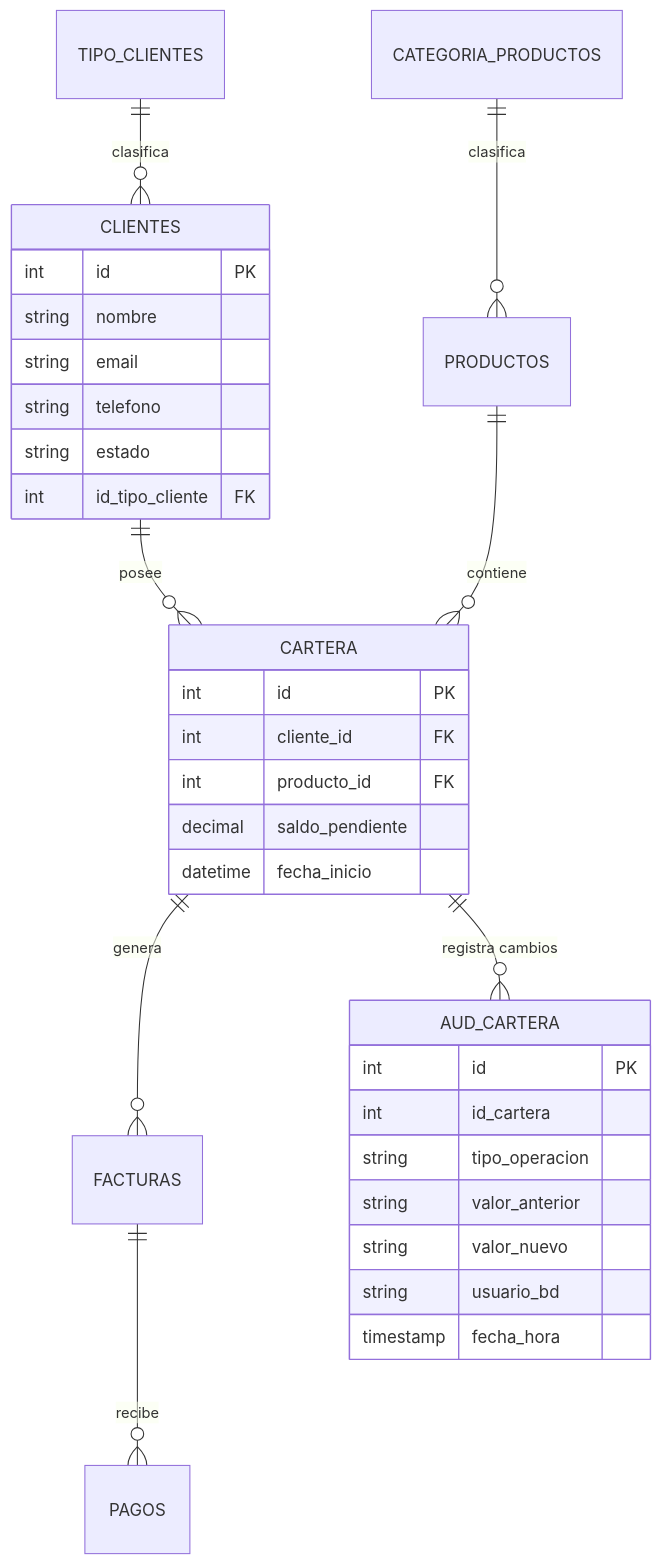
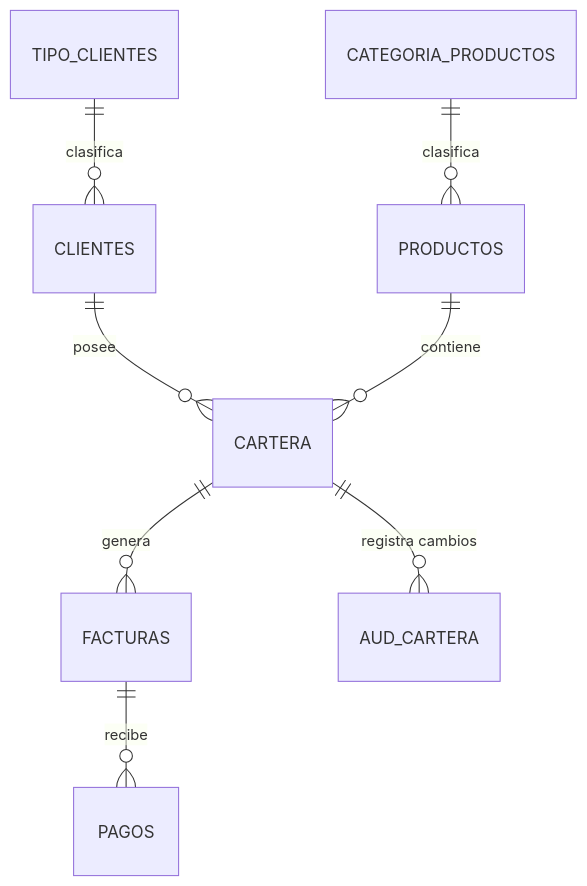
Before and after one commit to ElvinCooper/fintech-portfolio-system: the diagram in README.md, drawn with Mermaid. The commit also changed other lines of this file, not shown here.

````diff
--- a/README.md
+++ b/README.md
@@ -15,37 +25,10 @@
 ```mermaid
 erDiagram
     TIPO_CLIENTES ||--o{ CLIENTES : "clasifica"
     CATEGORIA_PRODUCTOS ||--o{ PRODUCTOS : "clasifica"
     CLIENTES ||--o{ CARTERA : "posee"
     PRODUCTOS ||--o{ CARTERA : "contiene"
     CARTERA ||--o{ FACTURAS : "genera"
     FACTURAS ||--o{ PAGOS : "recibe"
     CARTERA ||--o{ AUD_CARTERA : "registra cambios"
-
-    CLIENTES {
-        int id PK
-        string nombre
-        string email
-        string telefono
-        string estado
-        int id_tipo_cliente FK
-    }
-
-    CARTERA {
-        int id PK
-        int cliente_id FK
-        int producto_id FK
-        decimal saldo_pendiente
-        datetime fecha_inicio
-    }
-
-    AUD_CARTERA {
-        int id PK
-        int id_cartera
-        string tipo_operacion
-        string valor_anterior
-        string valor_nuevo
-        string usuario_bd
-        timestamp fecha_hora
-    }
 ```
````
